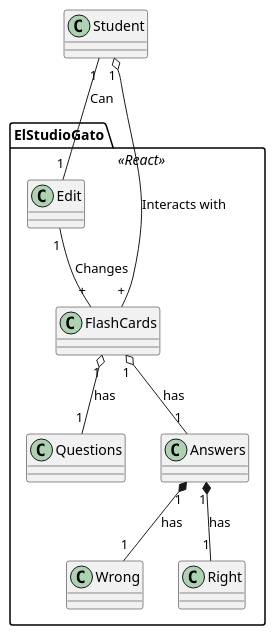
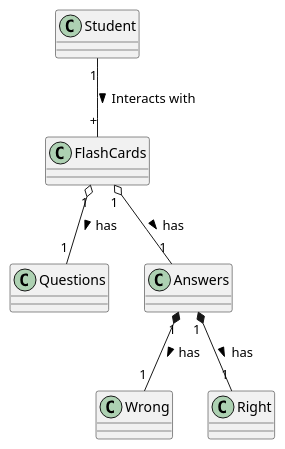
Before and after one commit to ultiferrago/ElStudioGato: the diagram in app/UML/Domain Model/Domain Model.puml, drawn with PlantUML. The commit also changed 8 other files, not shown here.

Commit message:
UML update

```diff
--- a/app/UML/Domain Model/Domain Model.puml
+++ b/app/UML/Domain Model/Domain Model.puml
@@ -1,19 +1,19 @@
 @startuml
 
 Class Student
-package ElStudioGato <<React>> {
+
 Class FlashCards
 Class Questions
 Class Answers
-Class Edit
 
-Student"1" -- "1"Edit : Can
-Student"1" o-- "+"FlashCards : Interacts with
-FlashCards"1" o-- "1"Questions : has
-FlashCards"1" o-- "1"Answers : has
-Answers"1" *-- "1"Wrong : has
-Answers"1" *-- "1"Right : has
-Edit"1" -- "+"FlashCards : Changes
+
+Student"1" -- "+"FlashCards : Interacts with >
+
+FlashCards"1" o-- "1"Questions : has >
+FlashCards"1" o-- "1"Answers : has >
+Answers"1" *-- "1"Wrong : has >
+Answers"1" *-- "1"Right : has >
+
 
 
 @enduml
```
